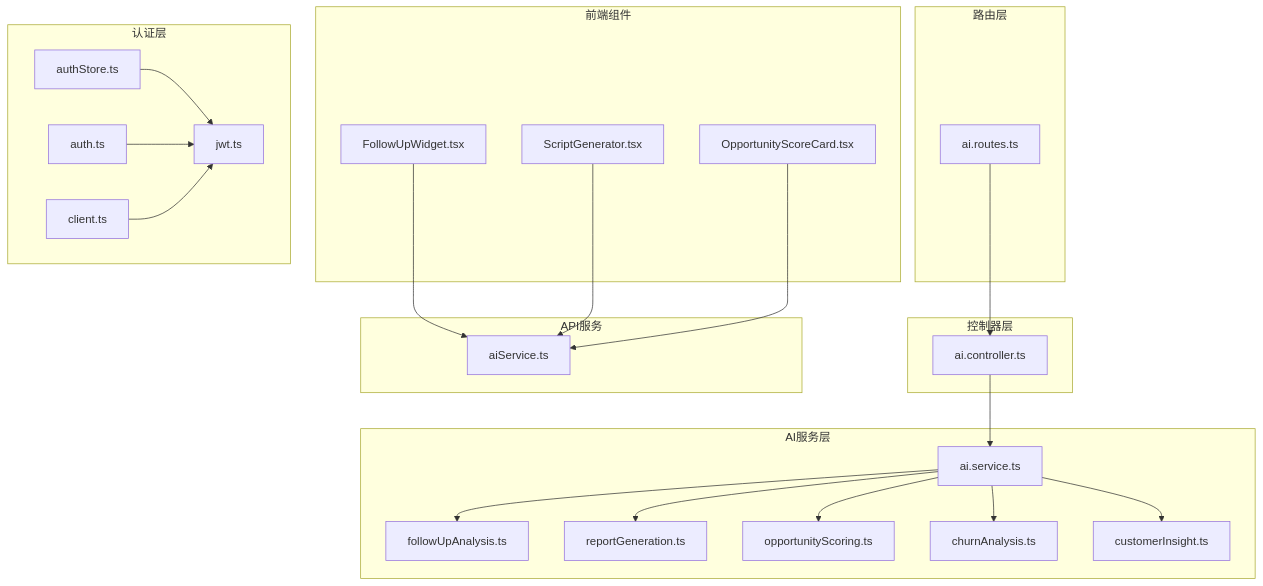
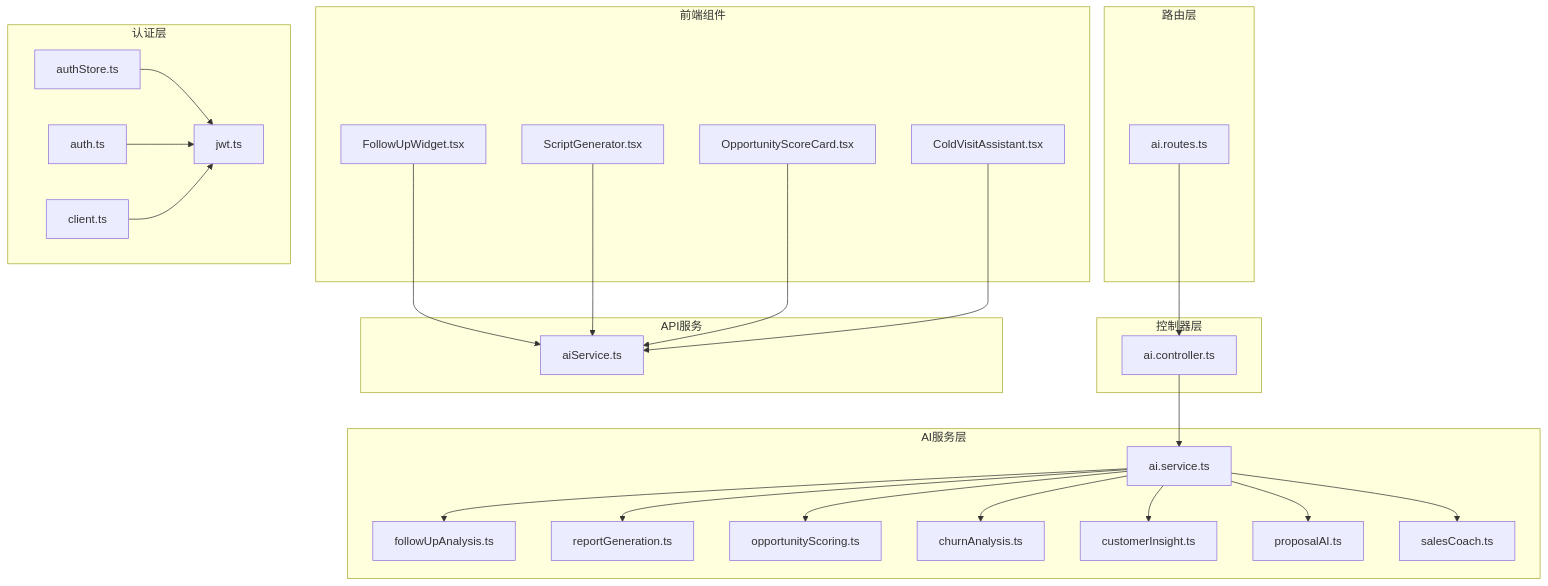
Before and after one commit to xianjianshenqu/SalesFlow-CRM: diagram 13 of 14 in .qoder/repowiki/zh/content/AI服务.md, drawn with Mermaid. The commit also changed other lines of this file and 9 other files, not shown here.

````diff
--- a/.qoder/repowiki/zh/content/AI服务.md
+++ b/.qoder/repowiki/zh/content/AI服务.md
@@ -502,44 +623,50 @@
 ```mermaid
 graph TB
 subgraph "AI服务层"
 A[ai.service.ts]
 B[followUpAnalysis.ts]
 C[reportGeneration.ts]
 D[opportunityScoring.ts]
 E[churnAnalysis.ts]
 F[customerInsight.ts]
+G[proposalAI.ts]
+H[salesCoach.ts]
 end
 subgraph "控制器层"
-G[ai.controller.ts]
+I[ai.controller.ts]
 end
 subgraph "路由层"
-H[ai.routes.ts]
+J[ai.routes.ts]
 end
 subgraph "前端组件"
-I[FollowUpWidget.tsx]
-J[ScriptGenerator.tsx]
-K[OpportunityScoreCard.tsx]
+K[FollowUpWidget.tsx]
+L[ScriptGenerator.tsx]
+M[OpportunityScoreCard.tsx]
+N[ColdVisitAssistant.tsx]
 end
 subgraph "API服务"
-L[aiService.ts]
+O[aiService.ts]
 end
 subgraph "认证层"
-M[authStore.ts]
-N[jwt.ts]
-O[auth.ts]
-P[client.ts]
+P[authStore.ts]
+Q[jwt.ts]
+R[auth.ts]
+S[client.ts]
 end
 A --> B
 A --> C
 A --> D
 A --> E
 A --> F
-G --> A
-H --> G
-I --> L
-J --> L
-K --> L
-M --> N
-O --> N
-P --> N
+A --> G
+A --> H
+I --> A
+J --> I
+K --> O
+L --> O
+M --> O
+N --> O
+P --> Q
+R --> Q
+S --> Q
 ```
````
